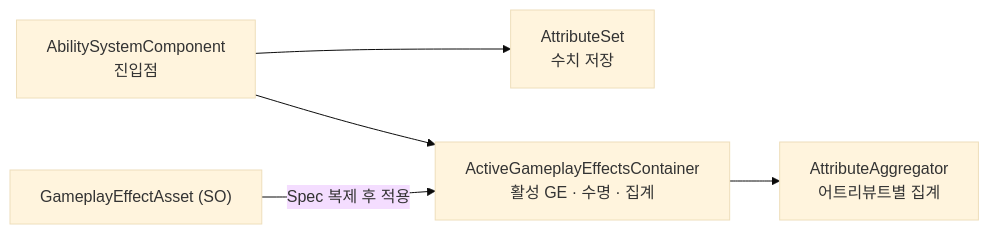
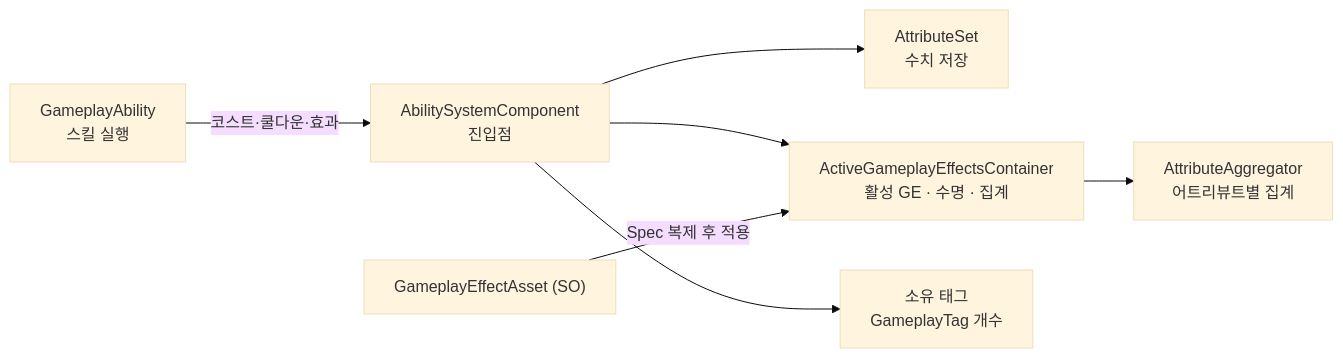
The diagram in Readme.md (hanaaple/AbilitySystem-For-Unity), drawn with Mermaid (base theme) before and after one commit. The commit also changed other lines of this file, not shown here.

````diff
--- a/Readme.md
+++ b/Readme.md
@@ -12,7 +12,9 @@
 ```mermaid
 flowchart LR
+    GA["GameplayAbility<br/>스킬 실행"] -->|코스트·쿨다운·효과| ASC
     ASC["AbilitySystemComponent<br/>진입점"] --> SET["AttributeSet<br/>수치 저장"]
     ASC --> CONT["ActiveGameplayEffectsContainer<br/>활성 GE · 수명 · 집계"]
+    ASC --> TAG["소유 태그<br/>GameplayTag 개수"]
     CONT --> AGG["AttributeAggregator<br/>어트리뷰트별 집계"]
     ASSET["GameplayEffectAsset (SO)"] -->|Spec 복제 후 적용| CONT
 ```
````
